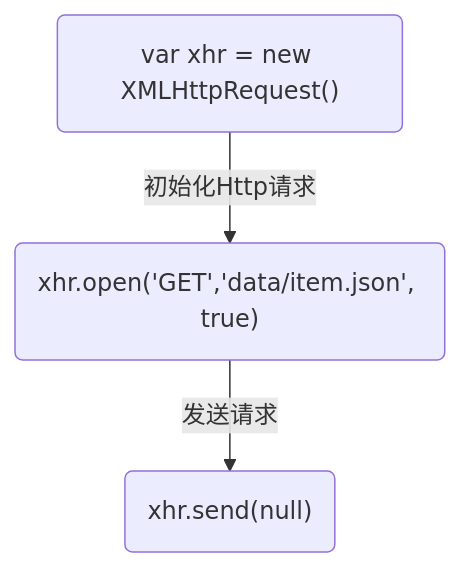
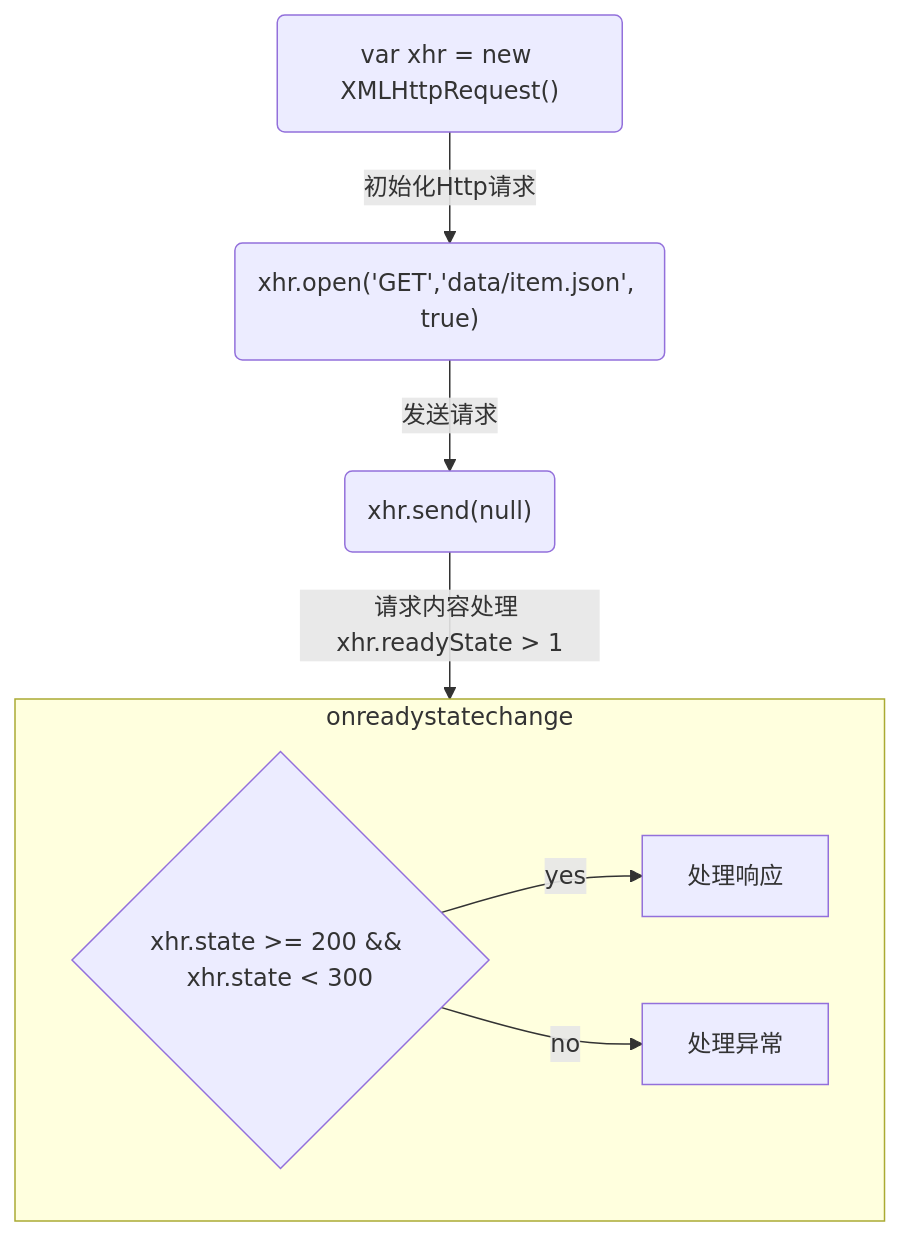
Before and after one commit to HelenZhangLP/blog: the second of 2 diagrams in source/_drafts/WebAPI-网络请求.md, drawn with Mermaid. The commit also changed other lines of this file and 234 other files, not shown here.

````diff
--- a/source/_drafts/WebAPI-网络请求.md
+++ b/source/_drafts/WebAPI-网络请求.md
@@ -53,5 +52,10 @@
 ```mermaid
 flowchart TD
+subgraph onreadystatechange
+	state{"xhr.state >= 200 && xhr.state < 300"} -->|yes| responseText["处理响应"]
+	state --> |no| error[处理异常]
+end
 xhr("var xhr = new XMLHttpRequest()") -->|初始化Http请求| open("xhr.open('GET','data/item.json', true)") 
 open --> |发送请求| send("xhr.send(null)")
+send --> |"请求内容处理 xhr.readyState > 1"| onreadystatechange
 ```
````
